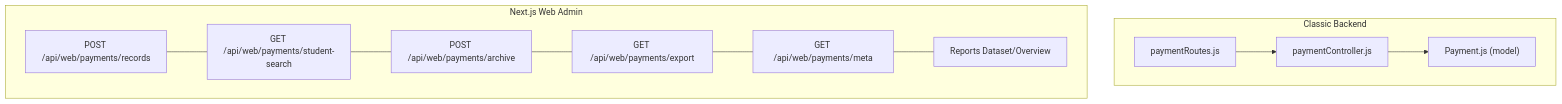
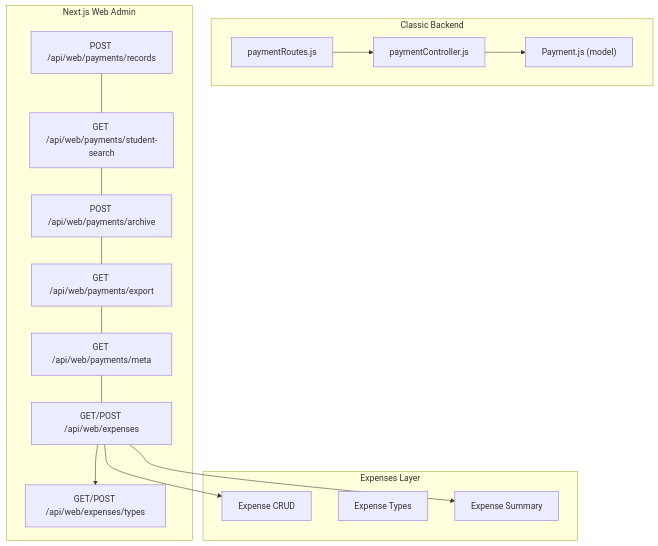
One commit to mustafaalkusaj/appschoolmustafa2002 changed the first of 7 diagrams in .qoder/repowiki/en/content/API Reference/Financial Operations API.md. Above: the diagram before and after it, drawn with Mermaid. The commit also changed other lines of this file and 32884 other files, not shown here.

````diff
--- a/.qoder/repowiki/en/content/API Reference/Financial Operations API.md
+++ b/.qoder/repowiki/en/content/API Reference/Financial Operations API.md
@@ -42,18 +61,27 @@
 ```mermaid
 graph TB
 subgraph "Classic Backend"
 R["paymentRoutes.js"]
 C["paymentController.js"]
 M["Payment.js (model)"]
 end
 subgraph "Next.js Web Admin"
-REC["POST /api/web/payments/records"]
-SARCH["GET /api/web/payments/student-search"]
-ARCH["POST /api/web/payments/archive"]
-EXP["GET /api/web/payments/export"]
-META["GET /api/web/payments/meta"]
-REP["Reports Dataset/Overview"]
+PAY["POST /api/web/payments/records"]
+PS["GET /api/web/payments/student-search"]
+PA["POST /api/web/payments/archive"]
+PE["GET /api/web/payments/export"]
+PM["GET /api/web/payments/meta"]
+EXP["GET/POST /api/web/expenses"]
+EXT["GET/POST /api/web/expenses/types"]
+end
+subgraph "Expenses Layer"
+ER["Expense CRUD"]
+ET["Expense Types"]
+ES["Expense Summary"]
 end
 R --> C --> M
-REC --- SARCH --- ARCH --- EXP --- META --- REP
+PAY --- PS --- PA --- PE --- PM --- EXP
+EXP --> ER
+EXP --> EXT
+EXP --> ES
 ```
````
